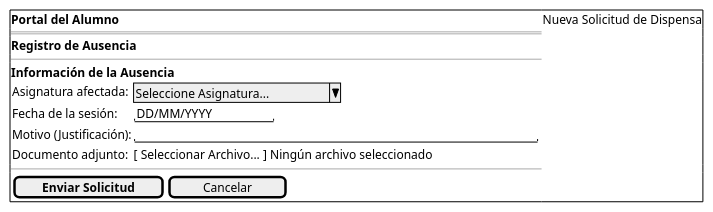
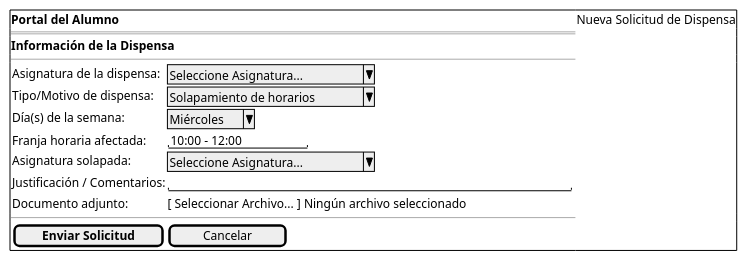
Before and after one commit to enmabry/25-26-IdSw1-SdR: the diagram in documents/CasosDeUso/Prototipos/Alumno/crearSolicitudDispensa.puml, drawn with PlantUML. The commit also changed 43 other files, not shown here.

```diff
--- a/documents/CasosDeUso/Prototipos/Alumno/crearSolicitudDispensa.puml
+++ b/documents/CasosDeUso/Prototipos/Alumno/crearSolicitudDispensa.puml
@@ -1,19 +1,21 @@
 @startsalt
 {+
   <b>Portal del Alumno | Nueva Solicitud de Dispensa
   ==
-  <b>Registro de Ausencia
+  <b>Información de la Dispensa
   --
-  <b>Información de la Ausencia
   {
-    Asignatura afectada: | ^Seleccione Asignatura...^
-    Fecha de la sesión:  | "DD/MM/YYYY       "
-    Motivo (Justificación): | "                                                  "
-    Documento adjunto:   | [ Seleccionar Archivo... ] Ningún archivo seleccionado
+    Asignatura de la dispensa: | ^Seleccione Asignatura...^
+    Tipo/Motivo de dispensa:   | ^Solapamiento de horarios^
+    Día(s) de la semana:       | ^Miércoles^
+    Franja horaria afectada:   | "10:00 - 12:00    "
+    Asignatura solapada:       | ^Seleccione Asignatura...^
+    Justificación / Comentarios:| "                                                  "
+    Documento adjunto:         | [ Seleccionar Archivo... ] Ningún archivo seleccionado
   }
   --
   {
     [ <b>Enviar Solicitud</b> ] | [   Cancelar   ]
   }
 }
 @endsalt
```
